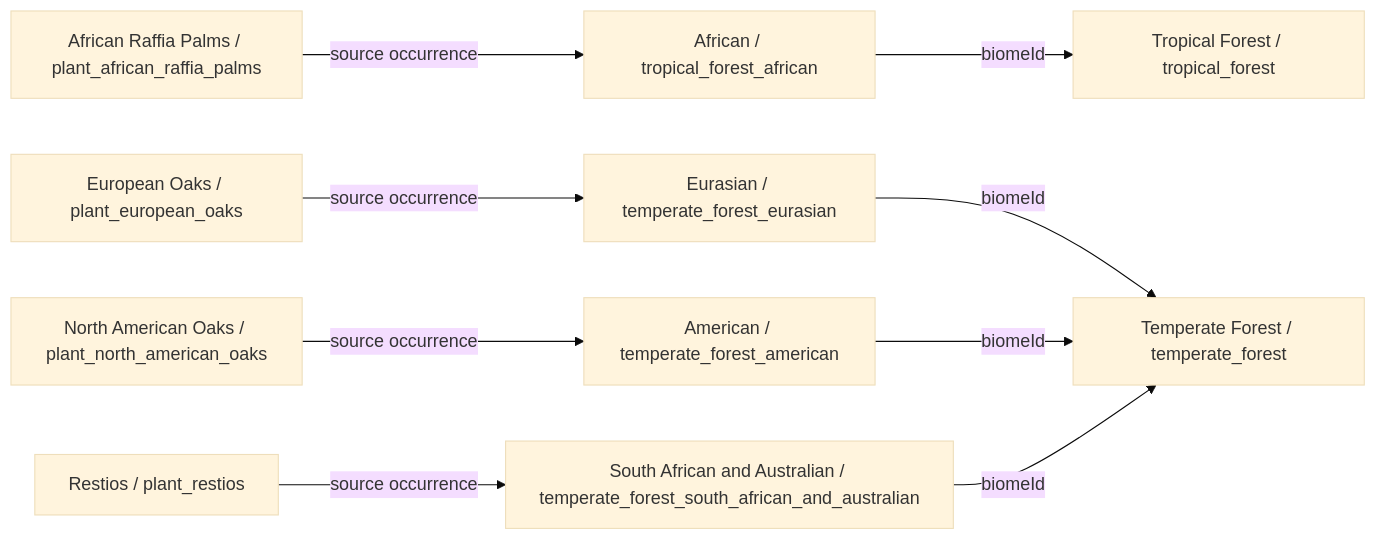
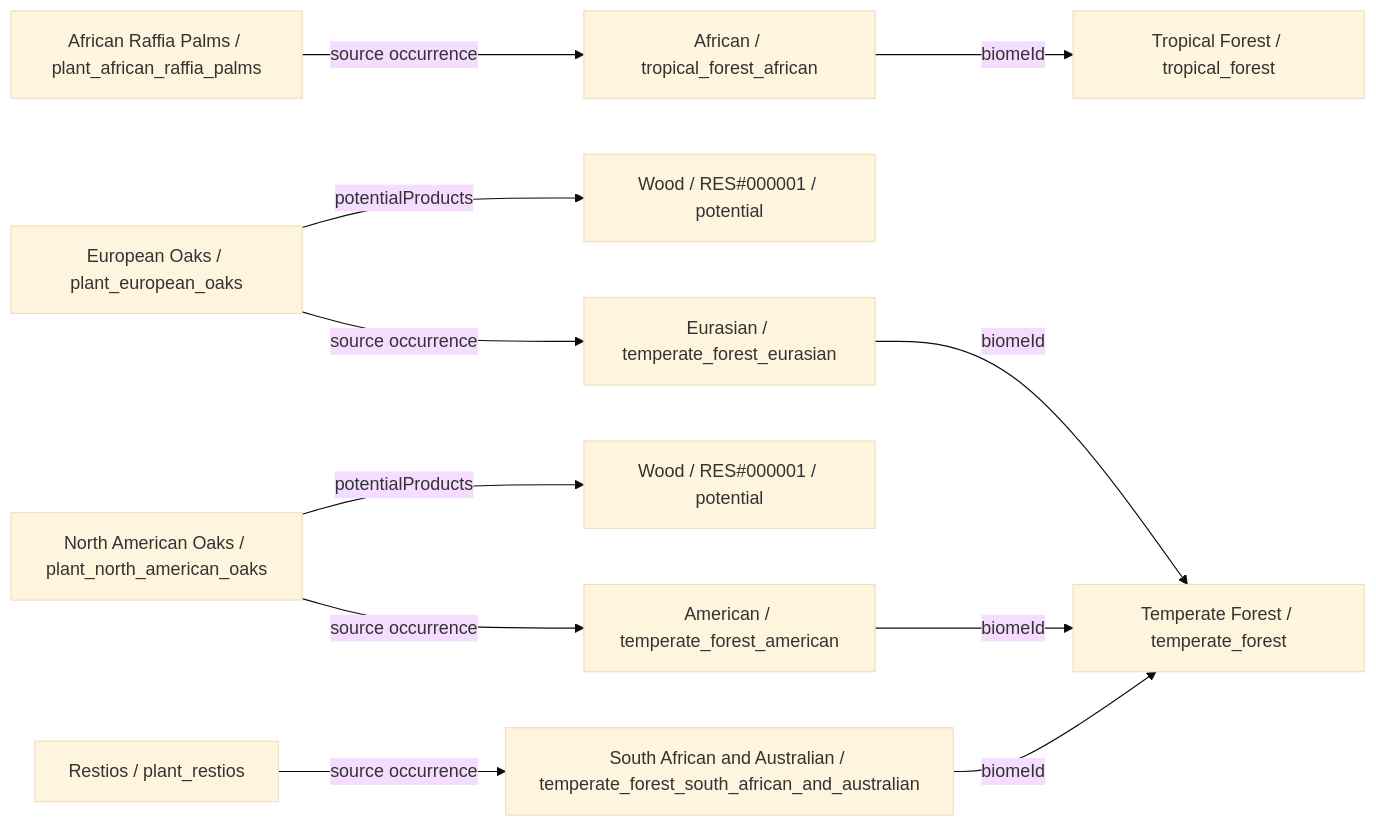
Before and after one commit to fgabo404/EvolveDoc: diagram 27 of 39 in data/plants/DIAGRAMS.md, drawn with Mermaid (base theme). The commit also changed other lines of this file and 50 other files, not shown here.

````diff
--- a/data/plants/DIAGRAMS.md
+++ b/data/plants/DIAGRAMS.md
@@ -795,21 +823,25 @@
 ```mermaid
 flowchart LR
     c0["African Raffia Palms / plant_african_raffia_palms"]
     v1["African / tropical_forest_african"]
     b0["Tropical Forest / tropical_forest"]
     c1["Restios / plant_restios"]
     v6["South African and Australian / temperate_forest_south_african_and_australian"]
     b1["Temperate Forest / temperate_forest"]
     c2["European Oaks / plant_european_oaks"]
     v4["Eurasian / temperate_forest_eurasian"]
+    o2_0["Wood / RES#000001 / potential"]
     c3["North American Oaks / plant_north_american_oaks"]
     v5["American / temperate_forest_american"]
+    o3_0["Wood / RES#000001 / potential"]
     c0 -->|source occurrence| v1
     c1 -->|source occurrence| v6
+    c2 -->|potentialProducts| o2_0
     c2 -->|source occurrence| v4
+    c3 -->|potentialProducts| o3_0
     c3 -->|source occurrence| v5
     v1 -->|biomeId| b0
     v4 -->|biomeId| b1
     v5 -->|biomeId| b1
     v6 -->|biomeId| b1
 ```
````
